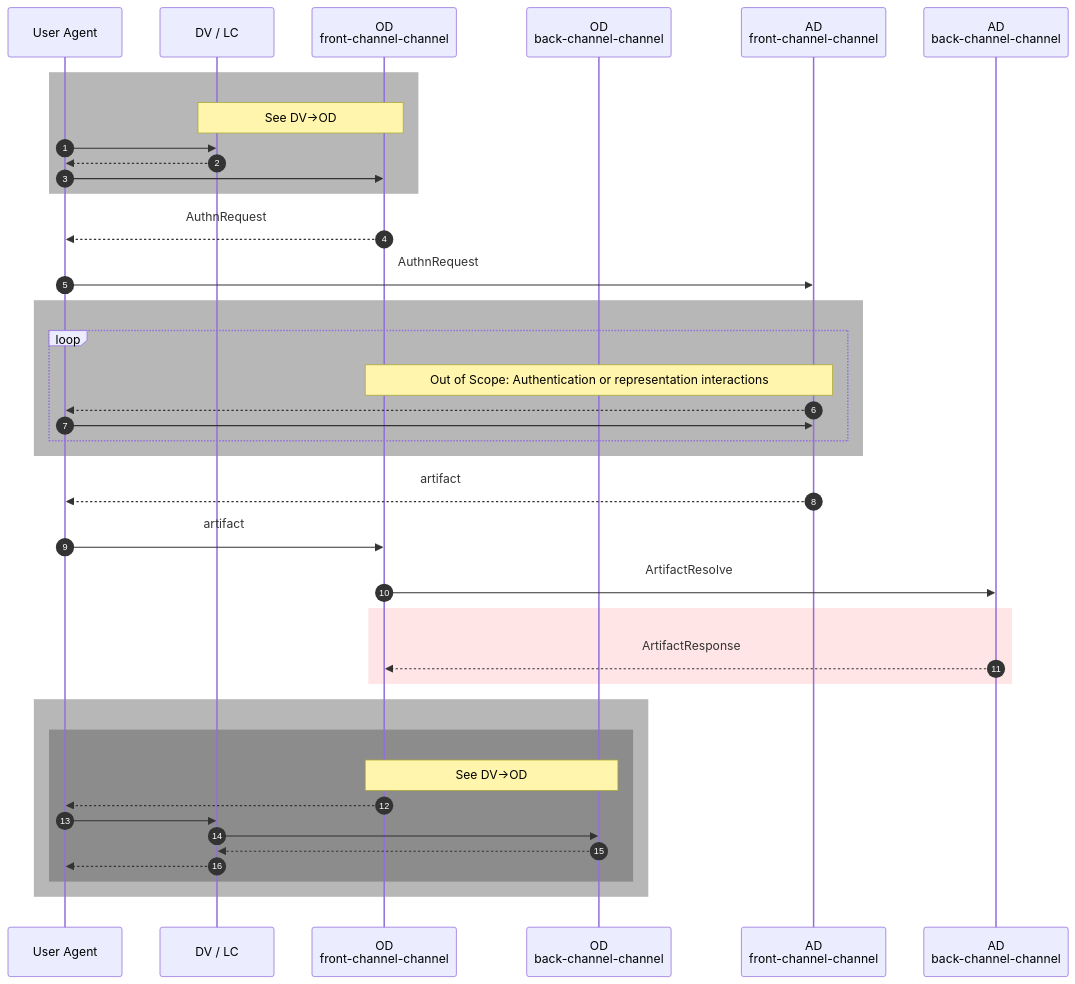
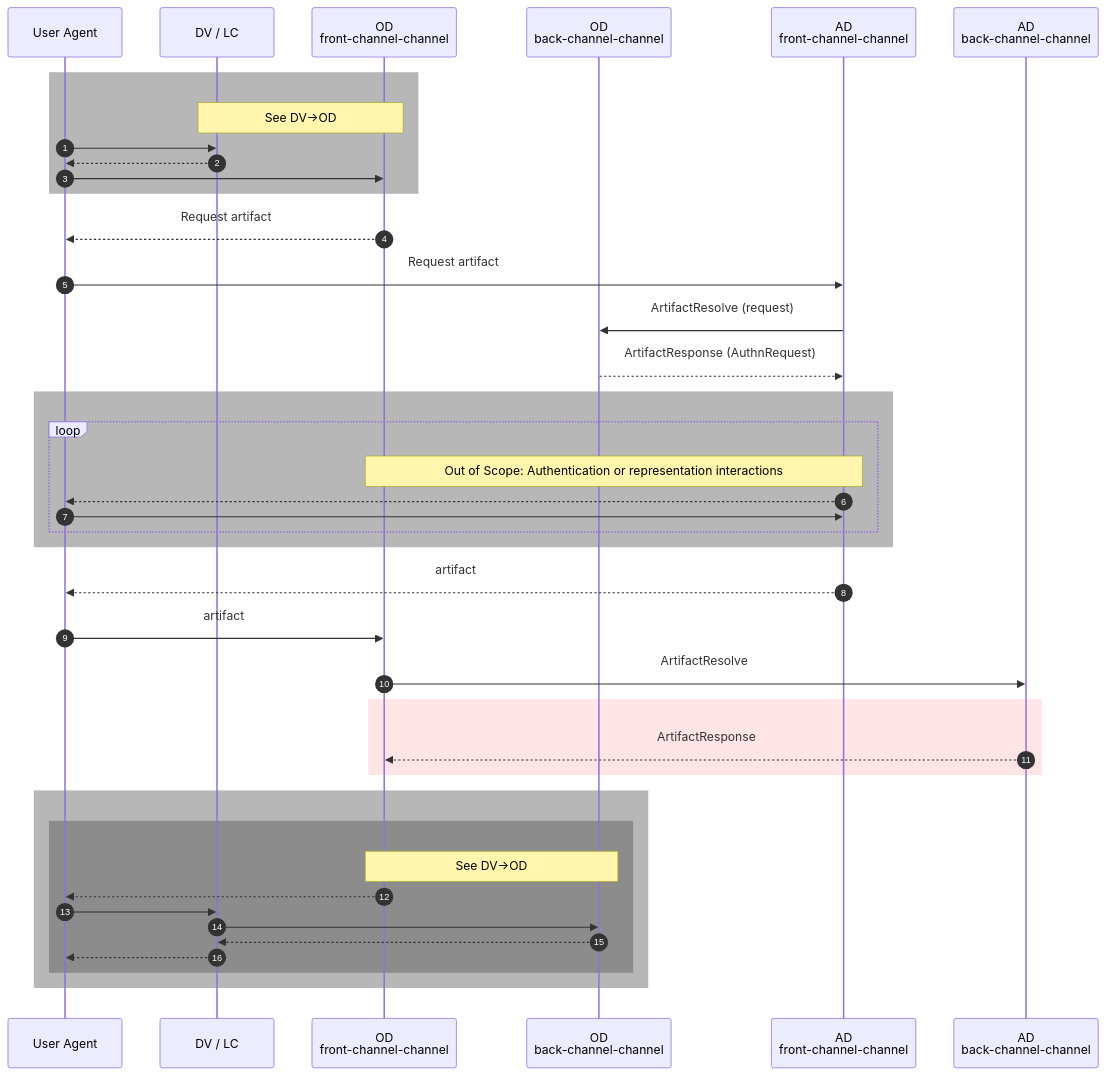
Before and after one commit to Logius-standaarden/st-saml-spec: the diagram in media/saml-authentication-flow-rd-ad-bvd-artifact-response.mermaid, drawn with Mermaid. The commit also changed 27 other files, not shown here.

```diff
--- a/media/saml-authentication-flow-rd-ad-bvd-artifact-response.mermaid
+++ b/media/saml-authentication-flow-rd-ad-bvd-artifact-response.mermaid
@@ -1,43 +1,47 @@
 %%{init: {
     "themeVariables": {"fontSize": "24px"},
     "sequence": {"boxMargin": 20}
 }}%%
 sequenceDiagram
 autonumber
 participant A as User Agent
 participant B as DV / LC
 participant C as OD <br /> front-channel-channel
 participant D as OD <br /> back-channel-channel
 participant E as AD <br /> front-channel-channel
 participant F as AD <br /> back-channel-channel
 rect rgba(75, 75, 75,.4)
     Note over B,C: See DV#8594;OD
     A->>B:
     B-->>A:
     A->>C:
 end
-C-->>A: AuthnRequest
-A->>E: AuthnRequest
+C-->>A: Request artifact
+A->>E: Request artifact
+    autonumber off
+    E->>D: ArtifactResolve (request)
+    D-->>E: ArtifactResponse (AuthnRequest)
+    autonumber 6
 rect rgba(75, 75, 75,.4)
     loop
         Note over C,E: Out of Scope: Authentication or representation interactions
         E-->>A:
         A->>E:
     end
 end
 E-->>A: artifact
 A->>C: artifact
 C->>F: ArtifactResolve
 rect rgba(255,0,0,.1)
     F-->>C: ArtifactResponse
 end
 rect rgba(75, 75, 75,.4)
 rect rgba(75, 75, 75,.4)
     Note over C,D: See DV#8594;OD
         C-->>A:
         A->>B:
         B->>D:
         D-->>B:
         B-->>A:
 end
 end
```
